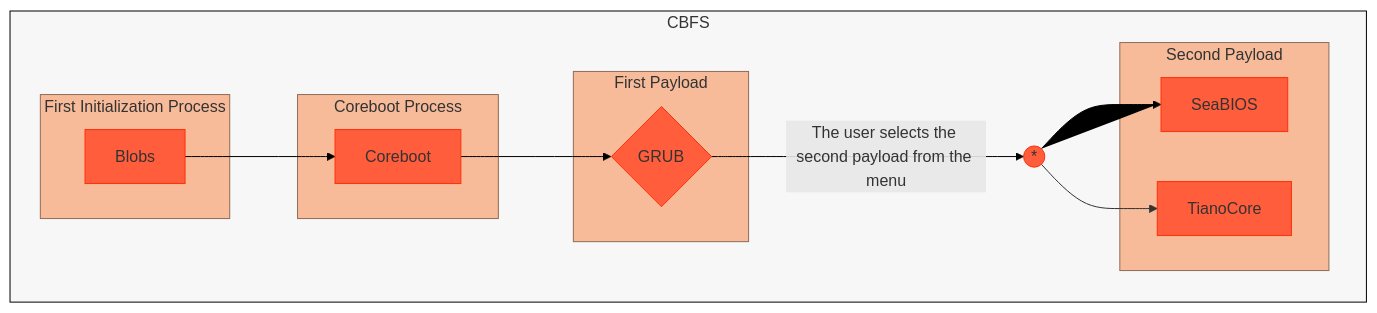
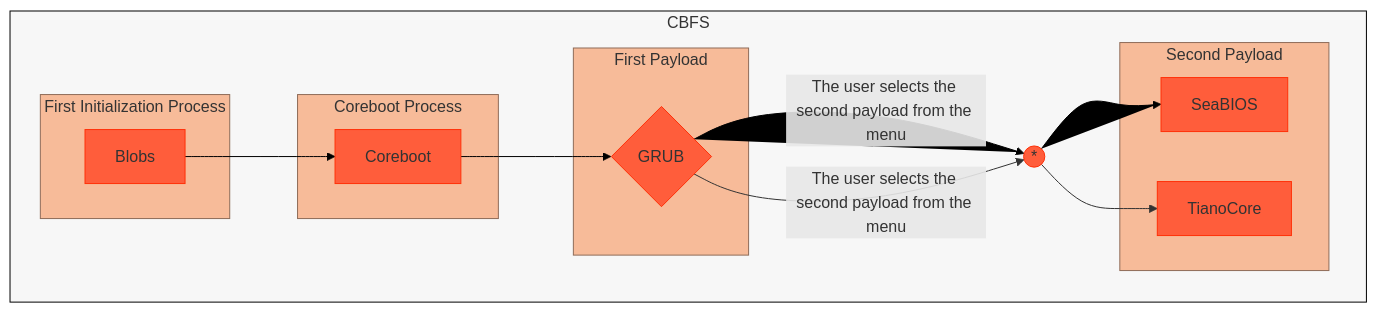
The diagram in README.md (Ch3ckm4t3C1ph3r/Lenovo-Ideapad-320-14ISK-_Coreboot-Adaptation_), drawn with Mermaid before and after one commit.

Commit message:
Fix diagram for payload selection in README

````diff
--- a/README.md
+++ b/README.md
@@ -104,40 +104,42 @@
 ```mermaid
 flowchart LR;
     %% Definition of style (and class of style) of each element by id (or by class name)
     style cbfs fill:#f7f7f7,stroke:#000000,stroke-width:1px;
     classDef sbgStyle fill:#F7BB99,stroke:#8F6C59,stroke-width:1px
     classDef nodeStyle fill:#FF5D3B,stroke:#FF3008,stroke-width:1px
     classDef edgeStyle fill:#000000,stroke:#000000,stroke-width:1px
     
     subgraph cbfs[CBFS]
         direction LR
 
         %% Not publicly documented boot process
         subgraph sbg1[First Initialization Process]
         n1[Blobs]
         end
 
         n1[Blobs] e1@--> n2[Coreboot]
 
         subgraph sbg2[Coreboot Process]
         n2[Coreboot]
         end
     
         n2[Coreboot] e2@--> p1{GRUB}
     
         subgraph sbg3[First Payload]
         p1{GRUB}
         end
-    
-        p1{GRUB} e3@--The user selects the second payload from the menu--> UNION((*)) e4@--> p2_1[SeaBIOS] & p2_2[TianoCore]
+        
+        p1{GRUB} e3@--The user selects the second payload from the menu--> UNION((*)) e4@--> p2_1[SeaBIOS]
+        p1{GRUB} e3@--The user selects the second payload from the menu--> UNION((*)) e4@--> p2_2[TianoCore]
+        e4@{ curve: natural }
     
         subgraph sbg4[Second Payload]
         p2_1[SeaBIOS] & p2_2[TianoCore]
         end
     end
 
     %% Defining the members of each class
     class sbg1,sbg2,sbg3,sbg4 sbgStyle
     class n1,n2,p1,p2_1,p2_2,UNION nodeStyle
     class e1,e2,e3,e4 edgeStyle
 ```
````
